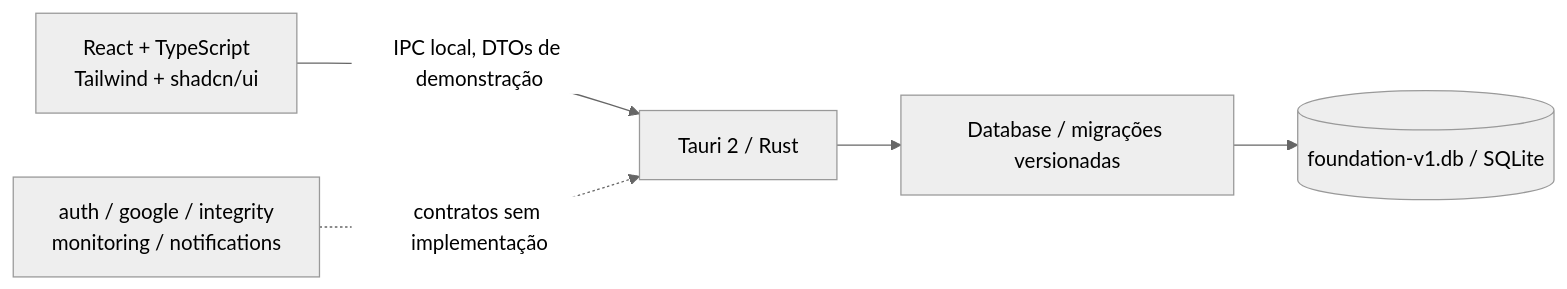
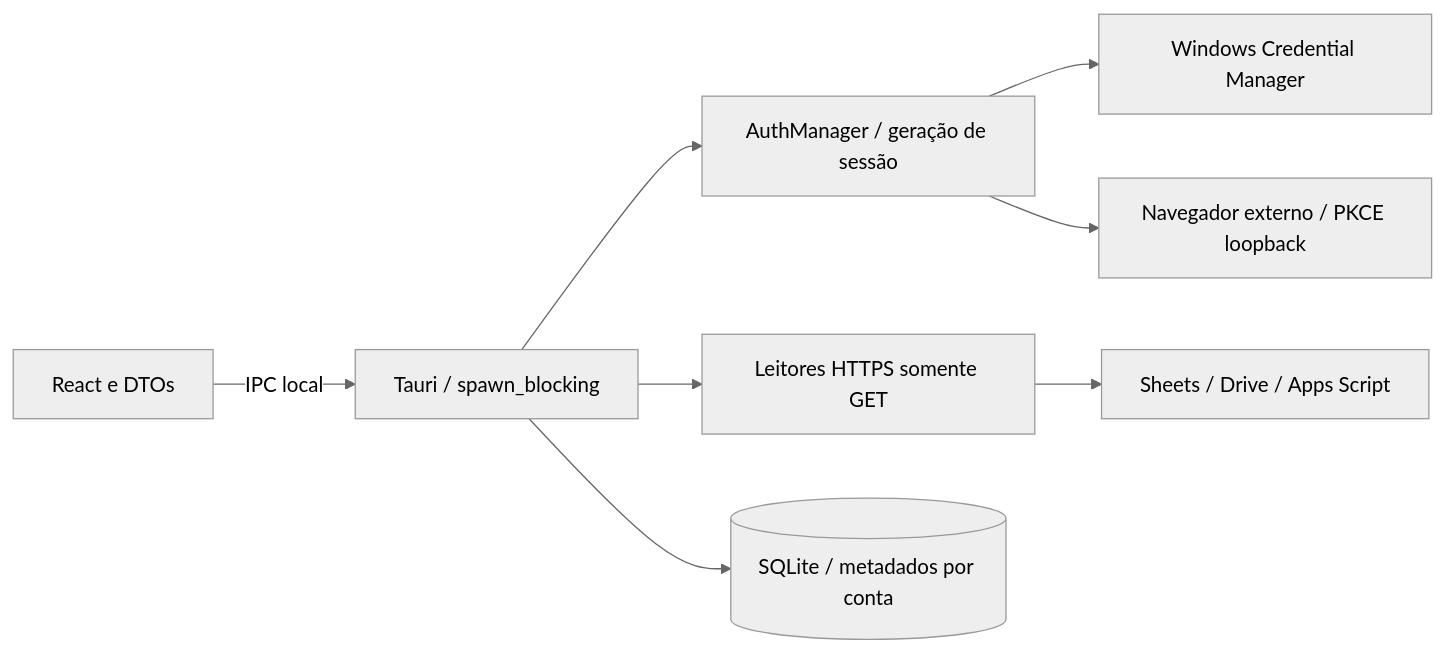
The diagram in docs/architecture.md (kaykyDias04/sheets_monitor), drawn with Mermaid (neutral theme) before and after one commit. The commit also changed other lines of this file and 96 other files, not shown here.

````diff
--- a/docs/architecture.md
+++ b/docs/architecture.md
@@ -7,7 +5,10 @@
 ```mermaid
 flowchart LR
-    UI[React + TypeScript\nTailwind + shadcn/ui] -->|IPC local, DTOs de demonstração| Shell[Tauri 2 / Rust]
-    Shell --> DB[Database / migrações versionadas]
-    DB --> SQLite[(foundation-v1.db / SQLite)]
-    Future[auth / google / integrity\nmonitoring / notifications] -. contratos sem implementação .-> Shell
+    UI[React e DTOs] -->|IPC local| Runtime[Tauri / spawn_blocking]
+    Runtime --> Auth[AuthManager / geração de sessão]
+    Auth --> Vault[Windows Credential Manager]
+    Auth --> Browser[Navegador externo / PKCE loopback]
+    Runtime --> Google[Leitores HTTPS somente GET]
+    Google --> APIs[Sheets / Drive / Apps Script]
+    Runtime --> DB[(SQLite / metadados por conta)]
 ```
````
